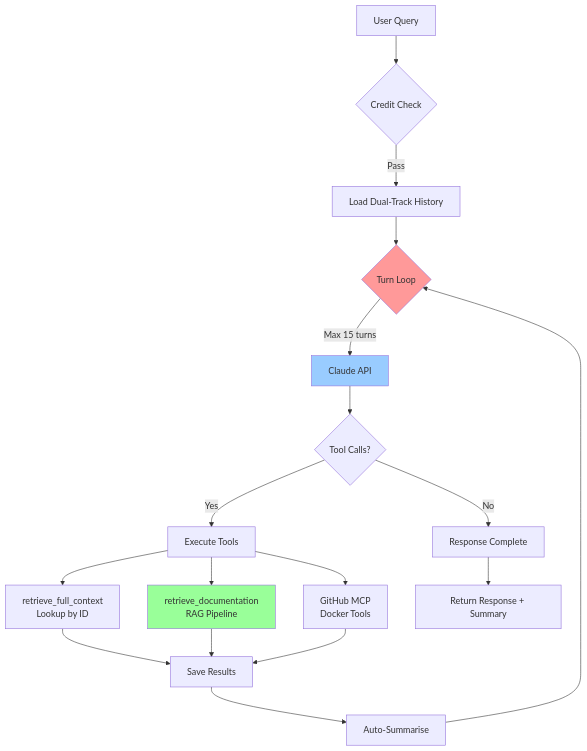
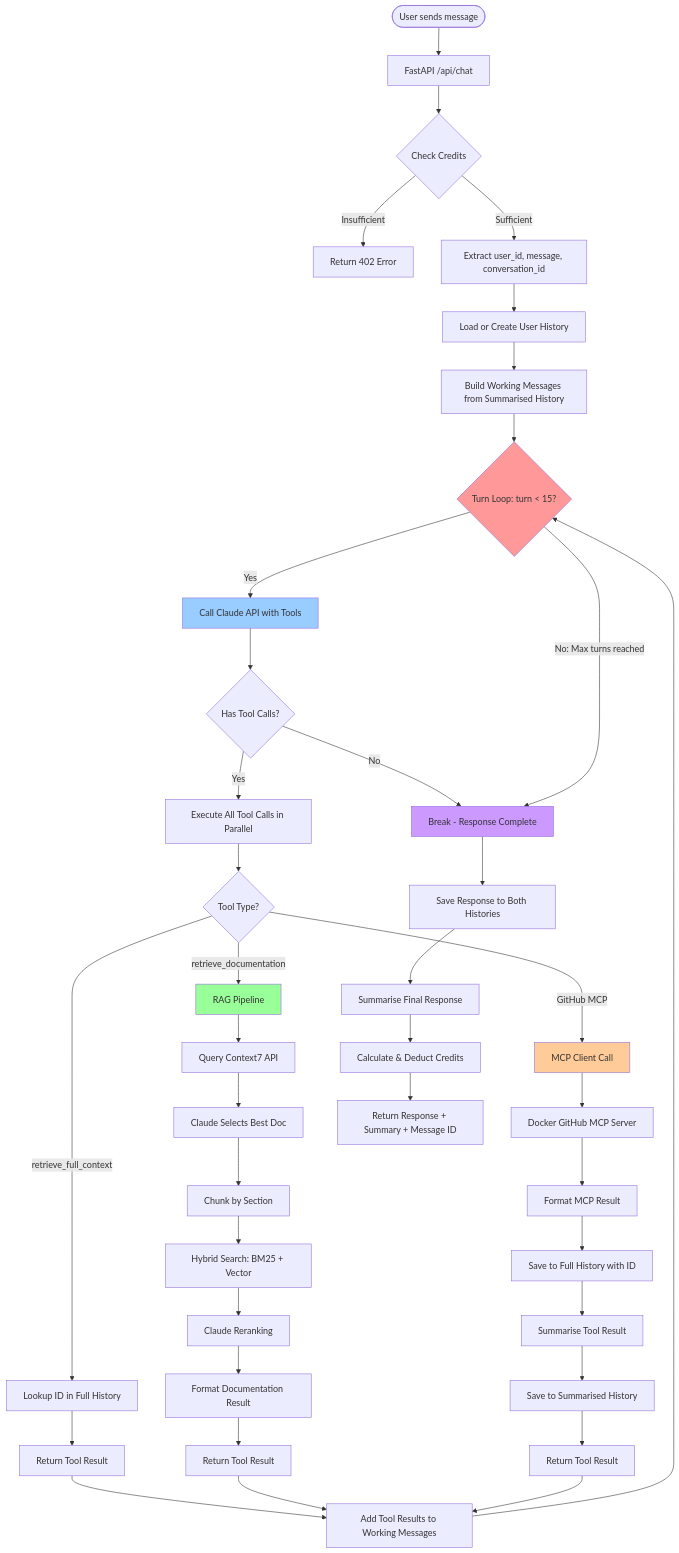
One commit to Suraj198-creator/Kler changed the first of 7 diagrams in TOOL_ORCHESTRATION_FLOW.md. Above: the diagram before and after it, drawn with Mermaid. The commit also changed other lines of this file, not shown here.

````diff
--- a/TOOL_ORCHESTRATION_FLOW.md
+++ b/TOOL_ORCHESTRATION_FLOW.md
@@ -123,29 +11,59 @@
 ```mermaid
 graph TB
-    User[User Query] --> Check{Credit Check}
-    Check -->|Pass| History[Load Dual-Track History]
-    History --> Turn{Turn Loop}
+    Start([User sends message]) --> API[FastAPI /api/chat]
+    API --> CreditCheck{Check Credits}
+    CreditCheck -->|Insufficient| Error402[Return 402 Error]
+    CreditCheck -->|Sufficient| ExtractParams[Extract user_id, message, conversation_id]
 
-    Turn -->|Max 15 turns| Claude[Claude API]
-    Claude --> Tools{Tool Calls?}
+    ExtractParams --> LoadHistory[Load or Create User History]
+    LoadHistory --> BuildMessages[Build Working Messages from Summarised History]
 
-    Tools -->|No| Done[Response Complete]
-    Tools -->|Yes| Execute[Execute Tools]
+    BuildMessages --> TurnLoop{Turn Loop: turn < 15?}
 
-    Execute --> T1[retrieve_full_context<br/>Lookup by ID]
-    Execute --> T2[retrieve_documentation<br/>RAG Pipeline]
-    Execute --> T3[GitHub MCP<br/>Docker Tools]
+    TurnLoop -->|Yes| ClaudeAPI[Call Claude API with Tools]
+    ClaudeAPI --> CheckTools{Has Tool Calls?}
 
-    T1 --> Save[Save Results]
-    T2 --> Save
-    T3 --> Save
+    CheckTools -->|No| Complete[Break - Response Complete]
+    CheckTools -->|Yes| ExecuteTools[Execute All Tool Calls in Parallel]
 
-    Save --> Summarise[Auto-Summarise]
-    Summarise --> Turn
+    ExecuteTools --> ToolType{Tool Type?}
 
-    Done --> Return[Return Response + Summary]
+    ToolType -->|retrieve_full_context| RetrieveFull[Lookup ID in Full History]
+    ToolType -->|retrieve_documentation| RAGPipeline[RAG Pipeline]
+    ToolType -->|GitHub MCP| MCPCall[MCP Client Call]
 
-    style Turn fill:#ff9999
-    style Claude fill:#99ccff
-    style T2 fill:#99ff99
+    RAGPipeline --> Context7[Query Context7 API]
+    Context7 --> SelectDoc[Claude Selects Best Doc]
+    SelectDoc --> ChunkDoc[Chunk by Section]
+    ChunkDoc --> HybridSearch[Hybrid Search: BM25 + Vector]
+    HybridSearch --> Rerank[Claude Reranking]
+    Rerank --> FormatResult[Format Documentation Result]
+
+    MCPCall --> MCPDocker[Docker GitHub MCP Server]
+    MCPDocker --> MCPFormat[Format MCP Result]
+    MCPFormat --> SaveFull[Save to Full History with ID]
+    SaveFull --> Summarise[Summarise Tool Result]
+    Summarise --> SaveSummarised[Save to Summarised History]
+
+    RetrieveFull --> ToolResult1[Return Tool Result]
+    FormatResult --> ToolResult2[Return Tool Result]
+    SaveSummarised --> ToolResult3[Return Tool Result]
+
+    ToolResult1 --> AddToMessages[Add Tool Results to Working Messages]
+    ToolResult2 --> AddToMessages
+    ToolResult3 --> AddToMessages
+
+    AddToMessages --> TurnLoop
+
+    TurnLoop -->|No: Max turns reached| Complete
+    Complete --> SaveResponse[Save Response to Both Histories]
+    SaveResponse --> SummariseResponse[Summarise Final Response]
+    SummariseResponse --> DeductCredits[Calculate & Deduct Credits]
+    DeductCredits --> Return[Return Response + Summary + Message ID]
+
+    style TurnLoop fill:#ff9999
+    style ClaudeAPI fill:#99ccff
+    style RAGPipeline fill:#99ff99
+    style MCPCall fill:#ffcc99
+    style Complete fill:#cc99ff
 ```
````
